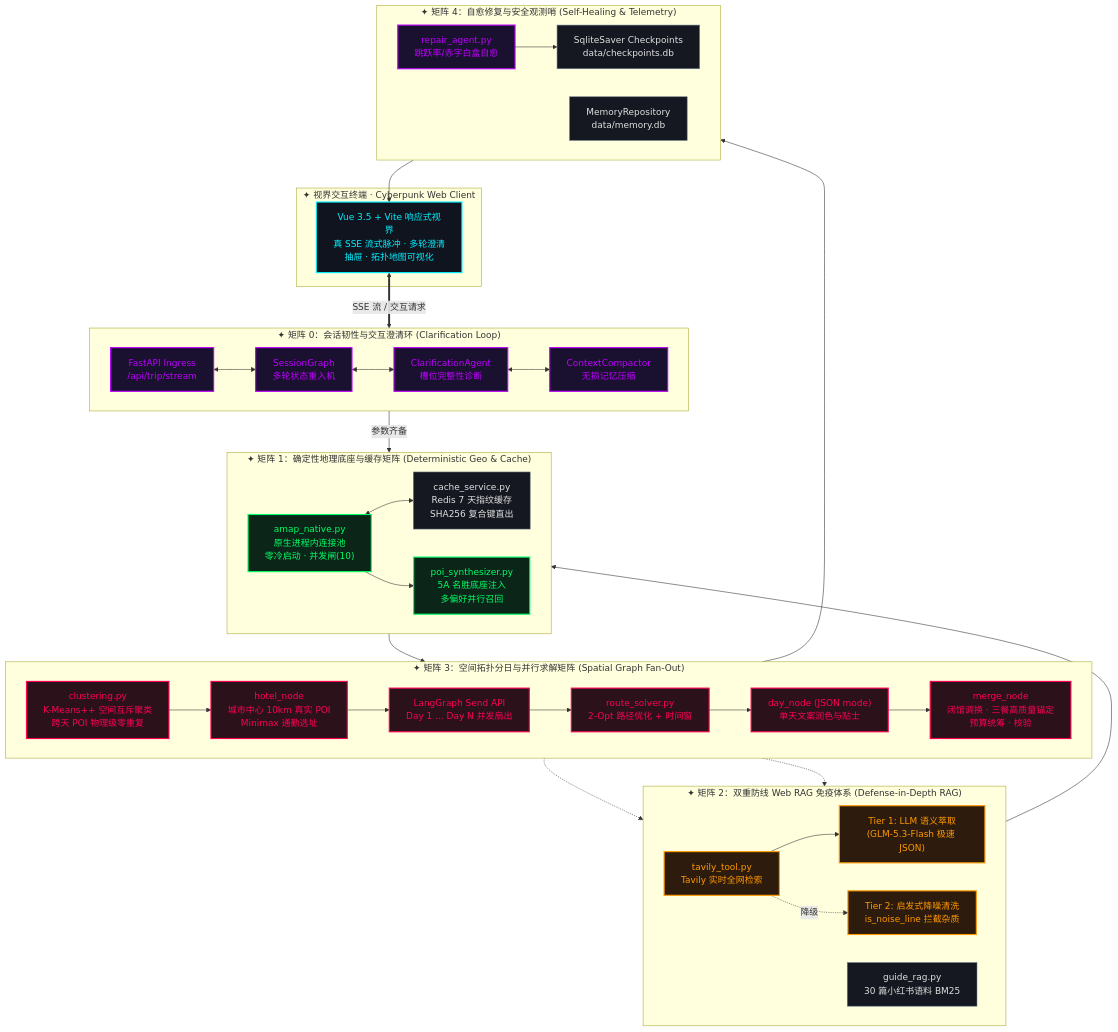
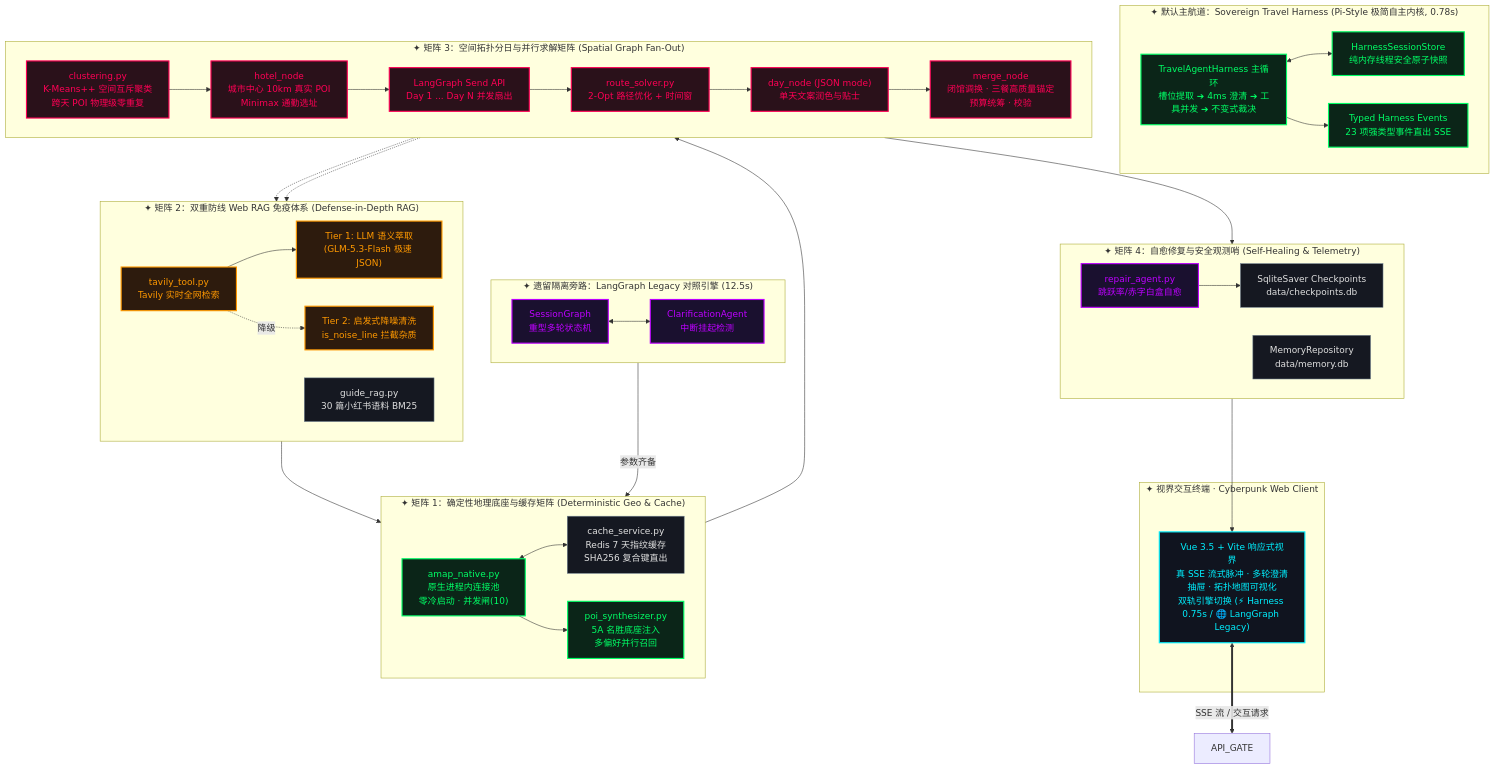
Before and after one commit to SuperGODOG/tripplanner: the first of 10 diagrams in ARCHITECTURE.md, drawn with Mermaid. The commit also changed other lines of this file and 2 other files, not shown here.

Commit message:
docs(benchmark): add automated comparison suite and update README/ARCHITECTURE for v5.0 Sovereign Harness

````diff
--- a/ARCHITECTURE.md
+++ b/ARCHITECTURE.md
@@ -33,67 +40,74 @@
 ```mermaid
 flowchart TB
     classDef client fill:#10141f,stroke:#00F0FF,stroke-width:2px,color:#00F0FF;
     classDef m0 fill:#1a102f,stroke:#BD00FF,stroke-width:2px,color:#BD00FF;
     classDef m1 fill:#0b2518,stroke:#00FF66,stroke-width:2px,color:#00FF66;
     classDef m2 fill:#2d1b0d,stroke:#FF9900,stroke-width:2px,color:#FF9900;
     classDef m3 fill:#2a111a,stroke:#FF0055,stroke-width:2px,color:#FF0055;
     classDef m4 fill:#151821,stroke:#708090,stroke-width:1px,color:#E0E0E0;
 
     subgraph CLIENT["✦ 视界交互终端 · Cyberpunk Web Client"]
-        VUE["Vue 3.5 + Vite 响应式视界<br/>真 SSE 流式脉冲 · 多轮澄清抽屉 · 拓扑地图可视化"]:::client
+        VUE["Vue 3.5 + Vite 响应式视界<br/>真 SSE 流式脉冲 · 多轮澄清抽屉 · 拓扑地图可视化<br/>双轨引擎切换 (⚡ Harness 0.75s / 🌐 LangGraph Legacy)"]:::client
     end
 
-    subgraph MATRIX_0["✦ 矩阵 0：会话韧性与交互澄清环 (Clarification Loop)"]
+    subgraph MATRIX_HARNESS["✦ 默认主航道：Sovereign Travel Harness (Pi-Style 极简自主内核, 0.78s)"]
         direction LR
-        API_GATE["FastAPI Ingress<br/>/api/trip/stream"]:::m0
-        S_GRAPH["SessionGraph<br/>多轮状态重入机"]:::m0
-        C_AGENT["ClarificationAgent<br/>槽位完整性诊断"]:::m0
-        C_COMPACT["ContextCompactor<br/>无损记忆压缩"]:::m0
-        API_GATE <--> S_GRAPH <--> C_AGENT <--> C_COMPACT
+        H_LOOP["TravelAgentHarness 主循环<br/>槽位提取 ➔ 4ms 澄清 ➔ 工具并发 ➔ 不变式裁决"]:::m1
+        H_STORE["HarnessSessionStore<br/>纯内存线程安全原子快照"]:::m1
+        H_EVENTS["Typed Harness Events<br/>23 项强类型事件直出 SSE"]:::m1
+        H_LOOP <--> H_STORE
+        H_LOOP --> H_EVENTS
+    end
+
+    subgraph MATRIX_LEGACY["✦ 遗留隔离旁路：LangGraph Legacy 对照引擎 (12.5s)"]
+        direction LR
+        S_GRAPH["SessionGraph<br/>重型多轮状态机"]:::m0
+        C_AGENT["ClarificationAgent<br/>中断挂起检测"]:::m0
+        S_GRAPH <--> C_AGENT
     end
 
     subgraph MATRIX_1["✦ 矩阵 1：确定性地理底座与缓存矩阵 (Deterministic Geo & Cache)"]
         direction LR
         AMAP_POOL["amap_native.py<br/>原生进程内连接池<br/>零冷启动 · 并发闸(10)"]:::m1
         POI_PIPE["poi_synthesizer.py<br/>5A 名胜底座注入<br/>多偏好并行召回"]:::m1
         REDIS["cache_service.py<br/>Redis 7 天指纹缓存<br/>SHA256 复合键直出"]:::m4
         AMAP_POOL <--> REDIS
         AMAP_POOL --> POI_PIPE
     end
 
     subgraph MATRIX_2["✦ 矩阵 2：双重防线 Web RAG 免疫体系 (Defense-in-Depth RAG)"]
         direction LR
         TAVILY["tavily_tool.py<br/>Tavily 实时全网检索"]:::m2
         RAG_TIER1["Tier 1: LLM 语义萃取<br/>(GLM-5.3-Flash 极速 JSON)"]:::m2
         RAG_TIER2["Tier 2: 启发式降噪清洗<br/>is_noise_line 拦截杂质"]:::m2
         BM25["guide_rag.py<br/>30 篇小红书语料 BM25"]:::m4
         TAVILY --> RAG_TIER1 --> REDIS
         TAVILY -.->|"降级"| RAG_TIER2
     end
 
     subgraph MATRIX_3["✦ 矩阵 3：空间拓扑分日与并行求解矩阵 (Spatial Graph Fan-Out)"]
         direction LR
         KMEANS["clustering.py<br/>K-Means++ 空间互斥聚类<br/>跨天 POI 物理级零重复"]:::m3
         HOTEL["hotel_node<br/>城市中心 10km 真实 POI<br/>Minimax 通勤选址"]:::m3
         FAN_OUT["LangGraph Send API<br/>Day 1 ... Day N 并发扇出"]:::m3
         TSP["route_solver.py<br/>2-Opt 路径优化 + 时间窗"]:::m3
         DAY_LLM["day_node (JSON mode)<br/>单天文案润色与贴士"]:::m3
         MERGE["merge_node<br/>闭馆调换 · 三餐高质量锚定<br/>预算统筹 · 校验"]:::m3
         KMEANS --> HOTEL --> FAN_OUT --> TSP --> DAY_LLM --> MERGE
     end
 
     subgraph MATRIX_4["✦ 矩阵 4：自愈修复与安全观测哨 (Self-Healing & Telemetry)"]
         direction LR
         REPAIR["repair_agent.py<br/>跳跃率/赤字白盒自愈"]:::m0
         SQLITE_CKPT["SqliteSaver Checkpoints<br/>data/checkpoints.db"]:::m4
         SQLITE_MEM["MemoryRepository<br/>data/memory.db"]:::m4
         REPAIR --> SQLITE_CKPT
     end
 
     VUE <==>|"SSE 流 / 交互请求"| API_GATE
     C_AGENT -->|"参数齐备"| AMAP_POOL
     POI_PIPE --> KMEANS
     DAY_LLM -.-> TAVILY
     DAY_LLM -.-> BM25
     MERGE --> REPAIR --> VUE
 ```
````
